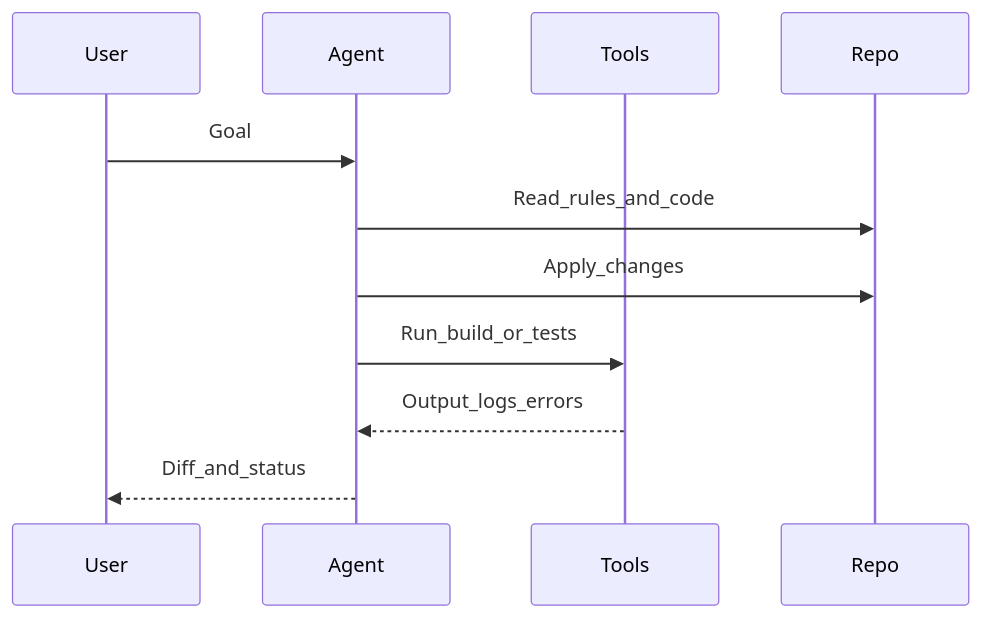
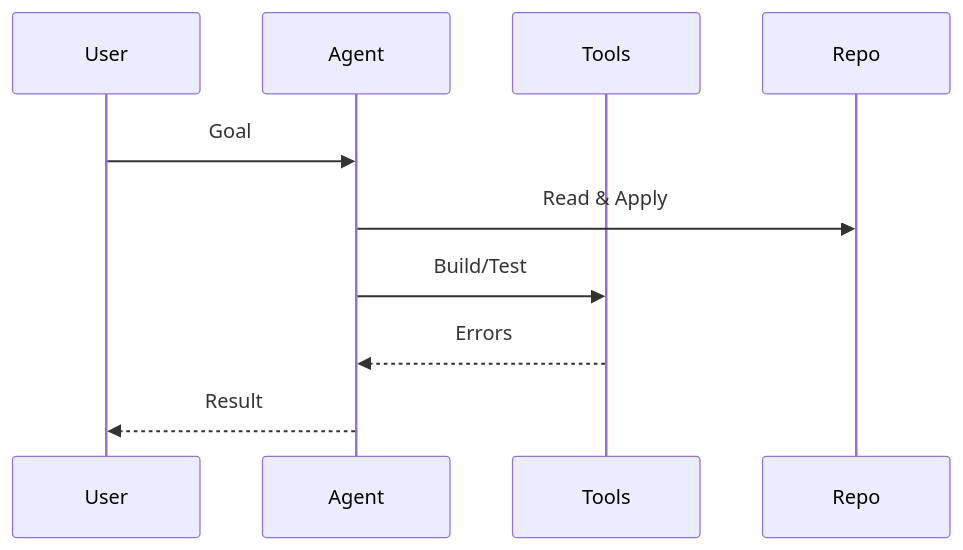
One commit to programmingmentor/2026-fwdays-rules-commands-skills changed the second of 2 diagrams in pages/theory/02-agentic-architecture.md. Above: the diagram before and after it, drawn with Mermaid. The commit also changed other lines of this file and 15 other files, not shown here.

````diff
--- a/pages/theory/02-agentic-architecture.md
+++ b/pages/theory/02-agentic-architecture.md
@@ -95,13 +97,12 @@
 ```mermaid
 sequenceDiagram
-  participant User
-  participant Agent
-  participant Tools
-  participant Repo
-  User->>Agent: Goal
-  Agent->>Repo: Read_rules_and_code
-  Agent->>Repo: Apply_changes
-  Agent->>Tools: Run_build_or_tests
-  Tools-->>Agent: Output_logs_errors
-  Agent-->>User: Diff_and_status
+  participant U as User
+  participant A as Agent
+  participant T as Tools
+  participant R as Repo
+  U->>A: Goal
+  A->>R: Read & Apply
+  A->>T: Build/Test
+  T-->>A: Errors
+  A-->>U: Result
 ```
````
